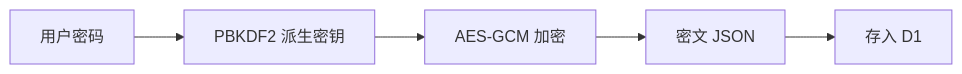
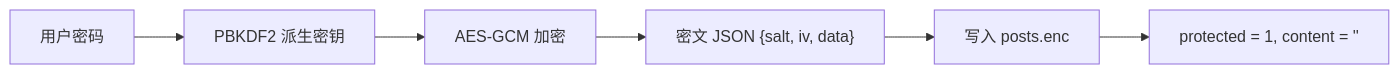
Before and after one commit to kejiland/qingyu-docs: the diagram in encryption.mdx, drawn with Mermaid. The commit also changed other lines of this file and 24 other files, not shown here.

````diff
--- a/encryption.mdx
+++ b/encryption.mdx
@@ -15,7 +40,8 @@
 ```mermaid
 graph LR
     A[用户密码] --> B[PBKDF2 派生密钥]
     B --> C[AES-GCM 加密]
-    C --> D[密文 JSON]
-    D --> E[存入 D1]
+    C --> D["密文 JSON {salt, iv, data}"]
+    D --> E[写入 posts.enc]
+    E --> F[protected = 1, content = '']
 ```
````
